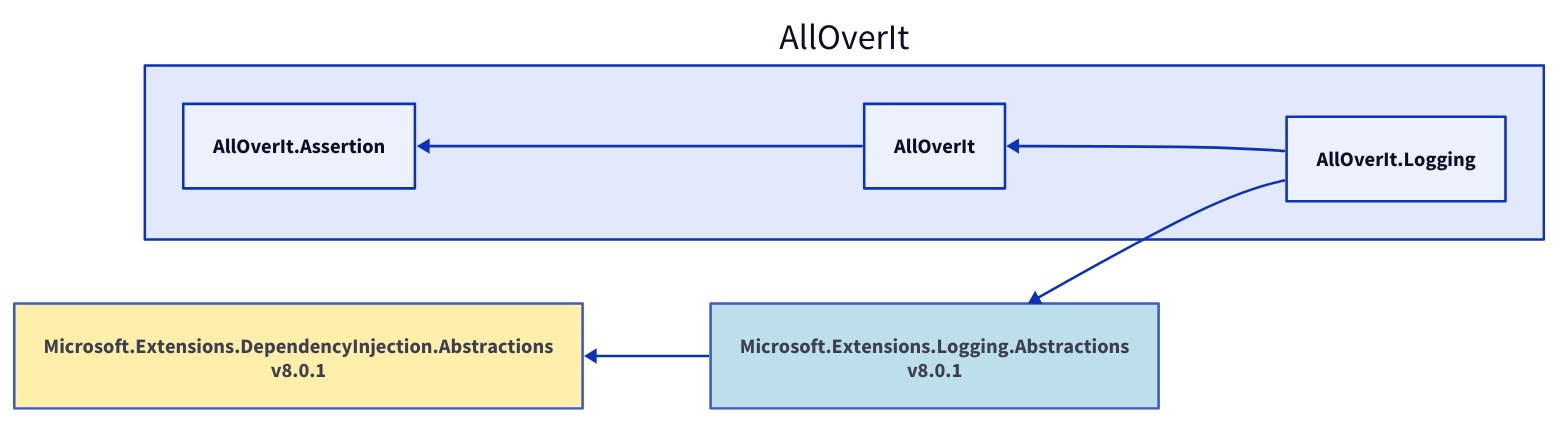
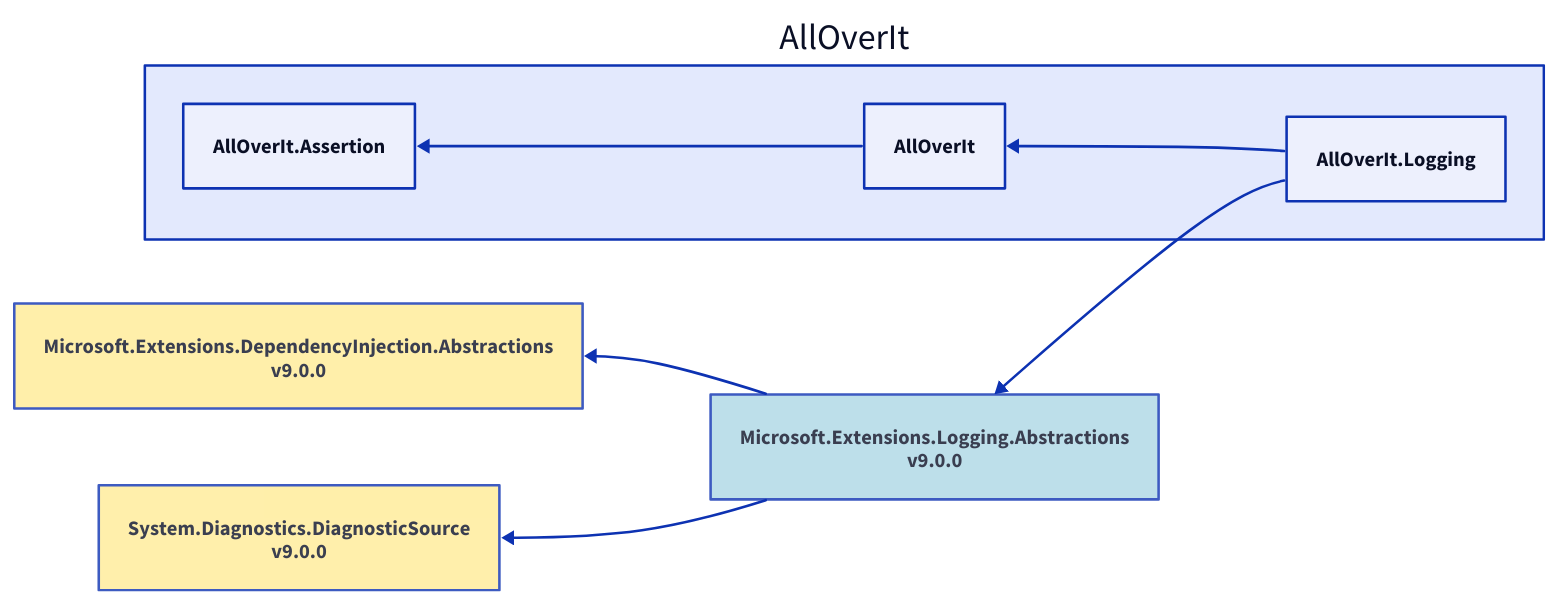
One commit to mjfreelancing/AllOverIt changed the diagram in Docs/Reference/Content/images/dependencies/net9.0/alloverit-logging.d2. Above: the diagram before and after it, drawn with D2. The commit also changed 205 other files, not shown here.

```diff
--- a/Docs/Reference/Content/images/dependencies/net9.0/alloverit-logging.d2
+++ b/Docs/Reference/Content/images/dependencies/net9.0/alloverit-logging.d2
@@ -1,16 +1,20 @@
 direction: left
 
 aoi: AllOverIt
 aoi.alloverit-logging: AllOverIt.Logging
-microsoft-extensions-logging-abstractions_8-0-1: Microsoft.Extensions.Logging.Abstractions\nv8.0.1
-microsoft-extensions-logging-abstractions_8-0-1.style.fill: "#ADD8E6"
-microsoft-extensions-logging-abstractions_8-0-1.style.opacity: 0.8
-microsoft-extensions-dependencyinjection-abstractions_8-0-1: Microsoft.Extensions.DependencyInjection.Abstractions\nv8.0.1
-microsoft-extensions-dependencyinjection-abstractions_8-0-1.style.fill: "#FFEC96"
-microsoft-extensions-dependencyinjection-abstractions_8-0-1.style.opacity: 0.8
-microsoft-extensions-dependencyinjection-abstractions_8-0-1 <- microsoft-extensions-logging-abstractions_8-0-1
-microsoft-extensions-logging-abstractions_8-0-1 <- aoi.alloverit-logging
+microsoft-extensions-logging-abstractions_9-0-0: Microsoft.Extensions.Logging.Abstractions\nv9.0.0
+microsoft-extensions-logging-abstractions_9-0-0.style.fill: "#ADD8E6"
+microsoft-extensions-logging-abstractions_9-0-0.style.opacity: 0.8
+microsoft-extensions-dependencyinjection-abstractions_9-0-0: Microsoft.Extensions.DependencyInjection.Abstractions\nv9.0.0
+microsoft-extensions-dependencyinjection-abstractions_9-0-0.style.fill: "#FFEC96"
+microsoft-extensions-dependencyinjection-abstractions_9-0-0.style.opacity: 0.8
+microsoft-extensions-dependencyinjection-abstractions_9-0-0 <- microsoft-extensions-logging-abstractions_9-0-0
+system-diagnostics-diagnosticsource_9-0-0: System.Diagnostics.DiagnosticSource\nv9.0.0
+system-diagnostics-diagnosticsource_9-0-0.style.fill: "#FFEC96"
+system-diagnostics-diagnosticsource_9-0-0.style.opacity: 0.8
+system-diagnostics-diagnosticsource_9-0-0 <- microsoft-extensions-logging-abstractions_9-0-0
+microsoft-extensions-logging-abstractions_9-0-0 <- aoi.alloverit-logging
 aoi.alloverit: AllOverIt
 aoi.alloverit-assertion: AllOverIt.Assertion
 aoi.alloverit-assertion <- aoi.alloverit
 aoi.alloverit <- aoi.alloverit-logging
```
